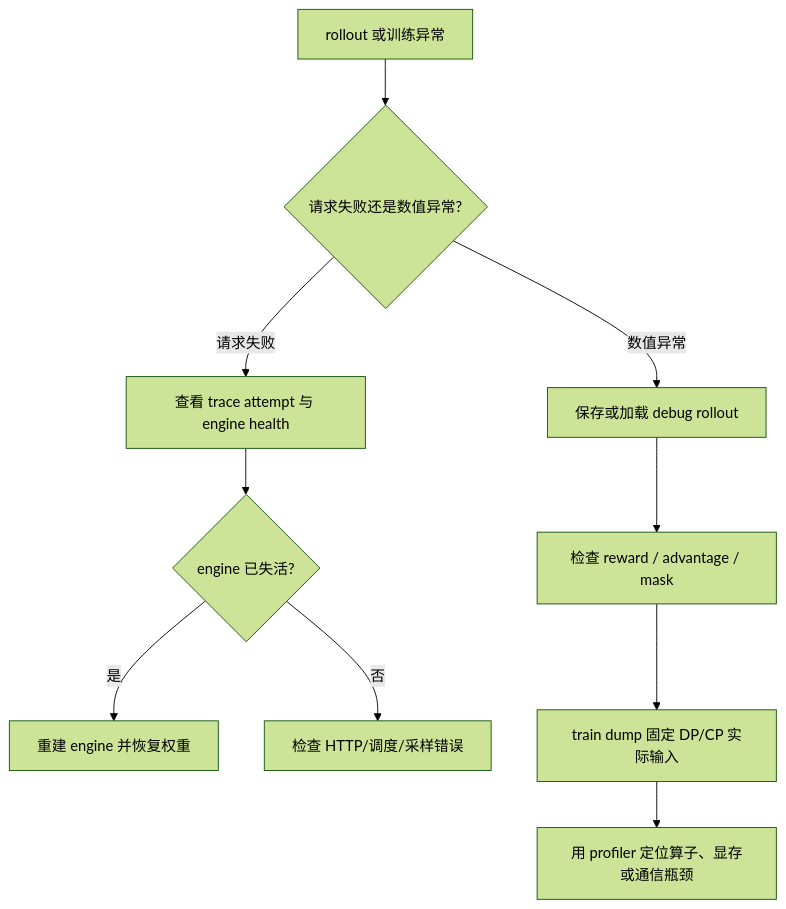
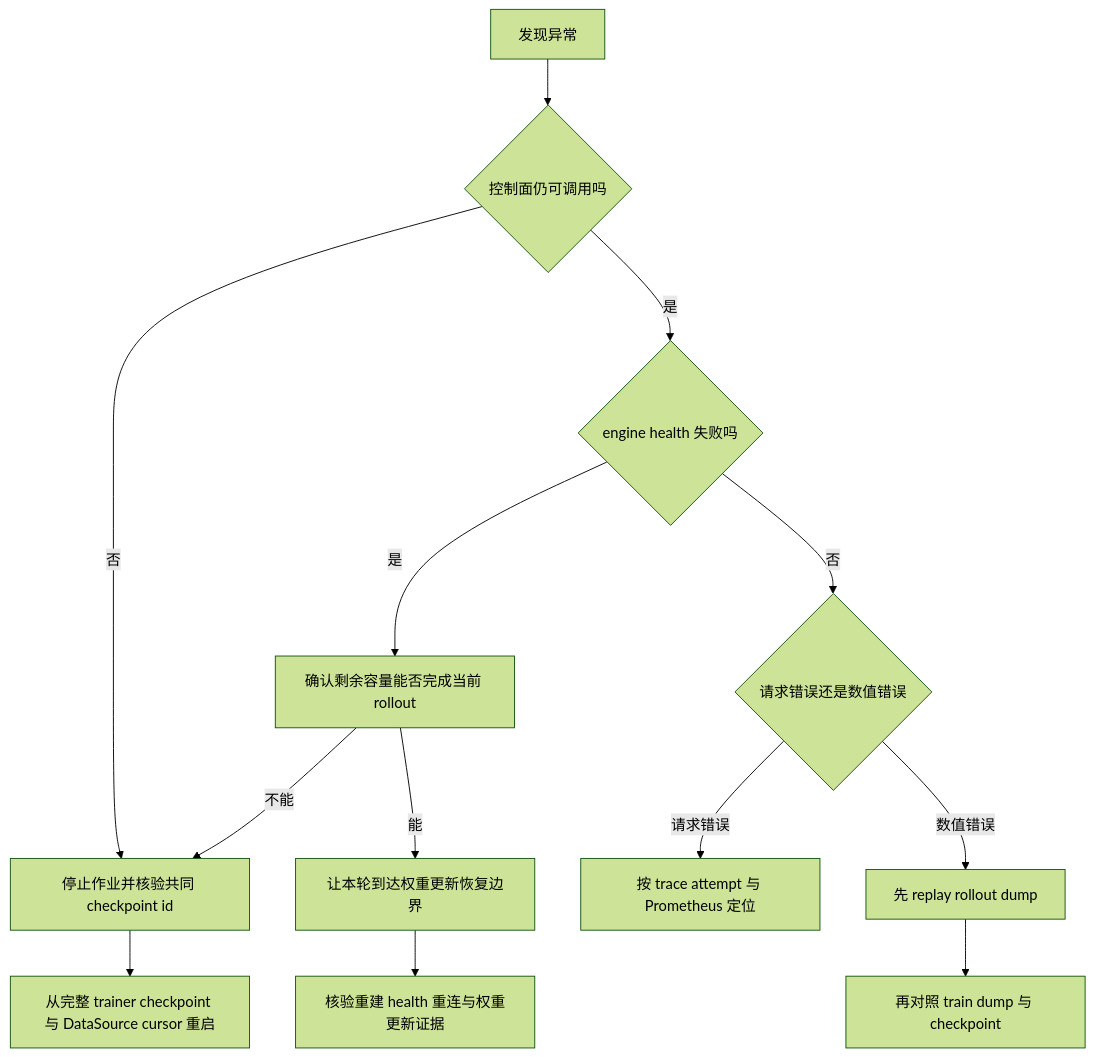
Before and after one commit to suhaibo666/llm-knowledge: the third of 3 diagrams in wiki/02_engineering/04_posttrain_frameworks/slime/18_slime_fault_tolerance_observability_analysis.md, drawn with Mermaid (forest theme). The commit also changed other lines of this file and 2 other files, not shown here.

````diff
--- a/wiki/02_engineering/04_posttrain_frameworks/slime/18_slime_fault_tolerance_observability_analysis.md
+++ b/wiki/02_engineering/04_posttrain_frameworks/slime/18_slime_fault_tolerance_observability_analysis.md
@@ -151,12 +192,15 @@
 ```mermaid
 flowchart TD
-    A["rollout 或训练异常"] --> B{"请求失败还是数值异常?"}
-    B -->|请求失败| C["查看 trace attempt 与 engine health"]
-    C --> D{"engine 已失活?"}
-    D -->|是| E["重建 engine 并恢复权重"]
-    D -->|否| F["检查 HTTP/调度/采样错误"]
-    B -->|数值异常| G["保存或加载 debug rollout"]
-    G --> H["检查 reward / advantage / mask"]
-    H --> I["train dump 固定 DP/CP 实际输入"]
-    I --> J["用 profiler 定位算子、显存或通信瓶颈"]
+    A["发现异常"] --> B{"控制面仍可调用吗"}
+    B -->|否| C["停止作业并核验共同 checkpoint id"]
+    C --> D["从完整 trainer checkpoint 与 DataSource cursor 重启"]
+    B -->|是| E{"engine health 失败吗"}
+    E -->|是| F["确认剩余容量能否完成当前 rollout"]
+    F -->|能| G["让本轮到达权重更新恢复边界"]
+    F -->|不能| C
+    G --> H["核验重建 health 重连与权重更新证据"]
+    E -->|否| I{"请求错误还是数值错误"}
+    I -->|请求错误| J["按 trace attempt 与 Prometheus 定位"]
+    I -->|数值错误| K["先 replay rollout dump"]
+    K --> L["再对照 train dump 与 checkpoint"]
 ```
````
